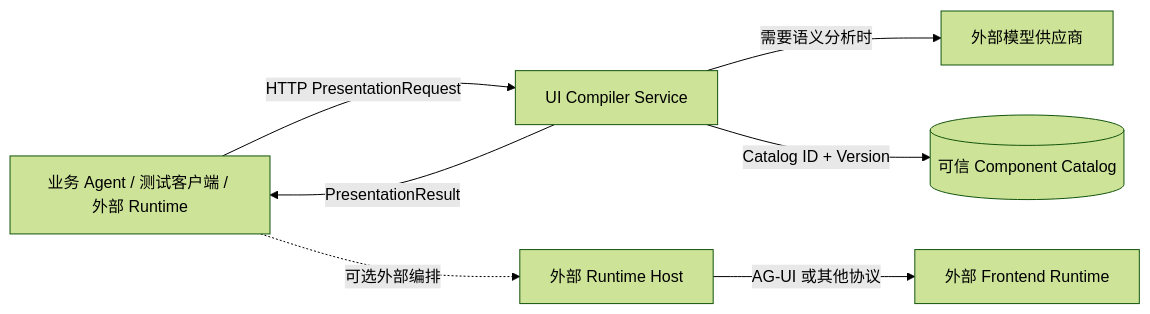
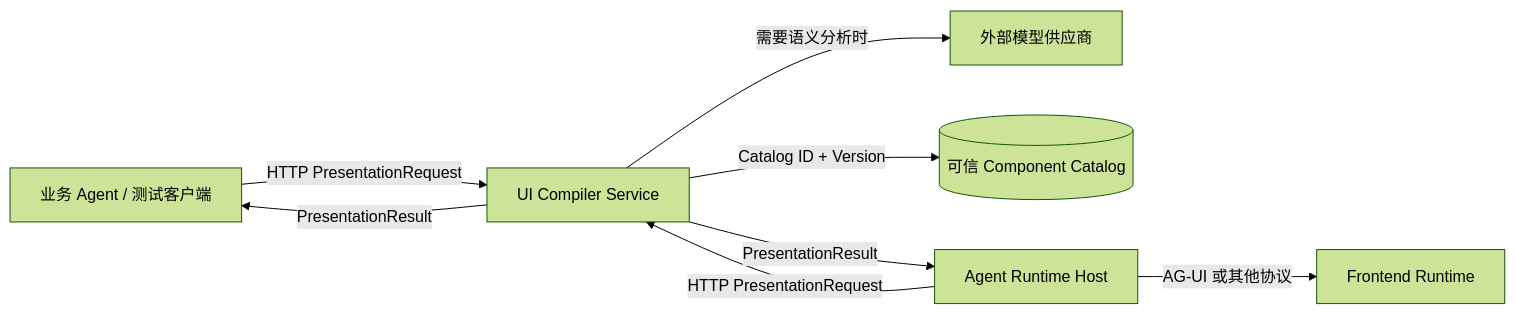
One commit to xiaoxiaoqian1217/generative-ui-platform changed the first of 9 diagrams in docs/Generative_UI_Compiler_Design.md. Above: the diagram before and after it, drawn with Mermaid (forest theme). The commit also changed other lines of this file and 11 other files, not shown here.

````diff
--- a/docs/Generative_UI_Compiler_Design.md
+++ b/docs/Generative_UI_Compiler_Design.md
@@ -145,16 +145,17 @@
 ```mermaid
 flowchart LR
-    Caller[业务 Agent / 测试客户端 / 外部 Runtime]
+    Caller[业务 Agent / 测试客户端]
     Service[UI Compiler Service]
     Model[外部模型供应商]
     Catalog[(可信 Component Catalog)]
-    Runtime[外部 Runtime Host]
-    Frontend[外部 Frontend Runtime]
+    Runtime[Agent Runtime Host]
+    Frontend[Frontend Runtime]
 
     Caller -->|HTTP PresentationRequest| Service
+    Runtime -->|HTTP PresentationRequest| Service
     Service -->|需要语义分析时| Model
     Service -->|Catalog ID + Version| Catalog
     Service -->|PresentationResult| Caller
-    Caller -.->|可选外部编排| Runtime
+    Service -->|PresentationResult| Runtime
     Runtime -->|AG-UI 或其他协议| Frontend
 ```
````
